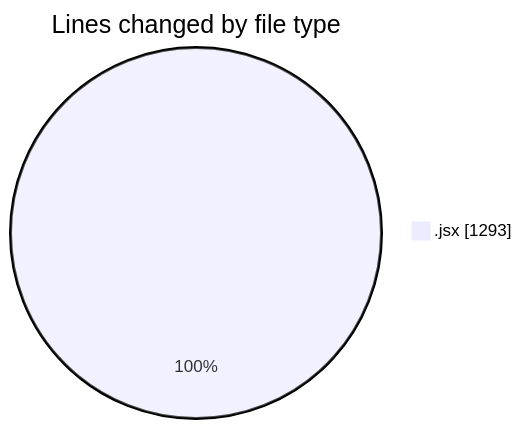
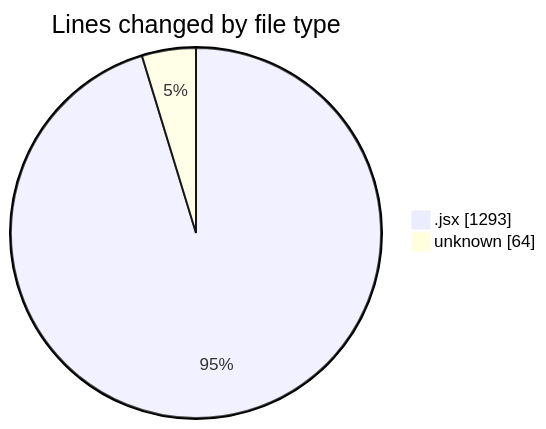
Before and after one commit to nxtqubesakshisongat/code-tracking: the first of 2 diagrams in 2026-01-03/nxtqube_webapp/README.md, drawn with Mermaid. The commit also changed other lines of this file and 1 other file, not shown here.

````diff
--- a/2026-01-03/nxtqube_webapp/README.md
+++ b/2026-01-03/nxtqube_webapp/README.md
@@ -20,5 +21,6 @@
 ```mermaid
 pie showData
 title Lines changed by file type
 ".jsx" : 1293
+"unknown" : 64
 ```
````
